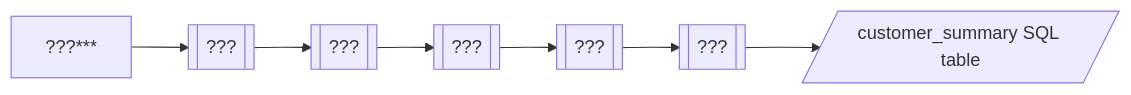
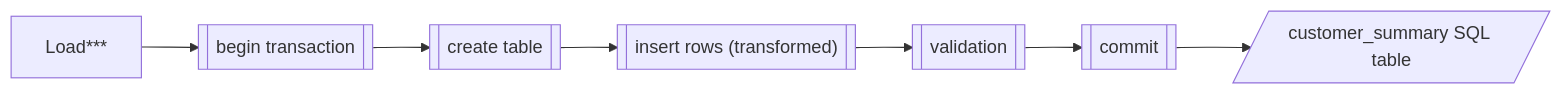
The fourth of 4 diagrams in etl-activity-3.md (sari-3/ETL-and-pipelines), drawn with Mermaid before and after one commit. The commit also changed other lines of this file and 2 other files, not shown here.

````diff
--- a/etl-activity-3.md
+++ b/etl-activity-3.md
@@ -72,9 +72,9 @@
 ```mermaid
 flowchart LR
-    A["???***"] --> B1[["???"]]
-    B1 --> B2[["???"]]
-    B2 --> B3[["???"]]
-    B3 --> B4[["???"]]
-    B4 --> B5[["???"]]
+    A["Load***"] --> B1[["begin transaction"]]
+    B1 --> B2[["create table"]]
+    B2 --> B3[["insert rows (transformed)"]]
+    B3 --> B4[["validation"]]
+    B4 --> B5[["commit"]]
     B5 --> B6[/"customer_summary SQL table"/]
 ```
````
